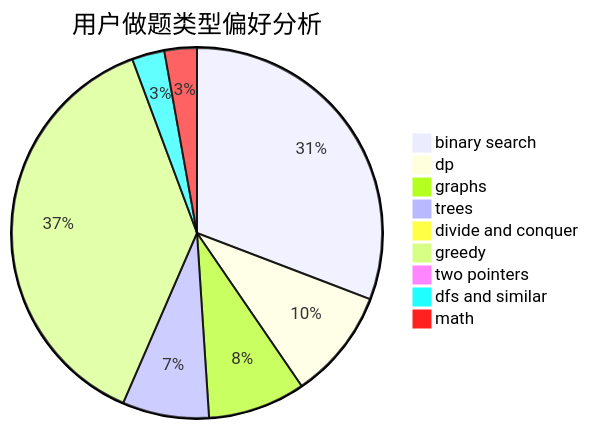
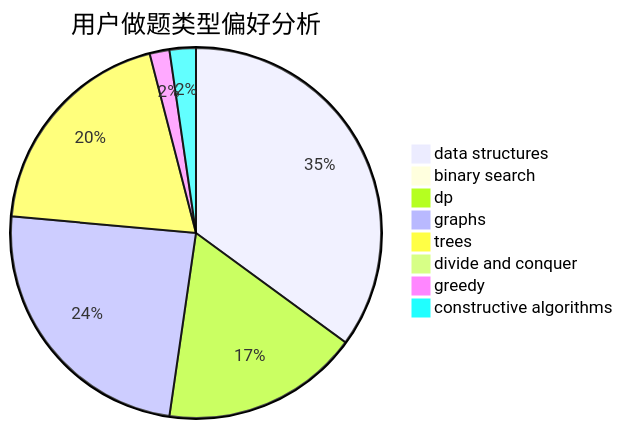
One commit to sherpahu/cfrs.github.io changed the second of 3 diagrams in docs/user/u1405.md. Above: the diagram before and after it, drawn with Mermaid. The commit also changed other lines of this file and 2775 other files, not shown here.

````diff
--- a/docs/user/u1405.md
+++ b/docs/user/u1405.md
@@ -23,12 +23,11 @@
 ```mermaid
 pie title 用户做题类型偏好分析
-    "binary search" :  163
-    "dp" :  51
-    "graphs" :  45
-    "trees" :  40
+    "data structures" :  61
+    "binary search" :  0
+    "dp" :  30
+    "graphs" :  42
+    "trees" :  34
     "divide and conquer" :  0
-    "greedy" :  200
-    "two pointers" :  5
-    "dfs and similar" :  15
-    "math" :  15
+    "greedy" :  3
+    "constructive algorithms" :  4
 ```
````
